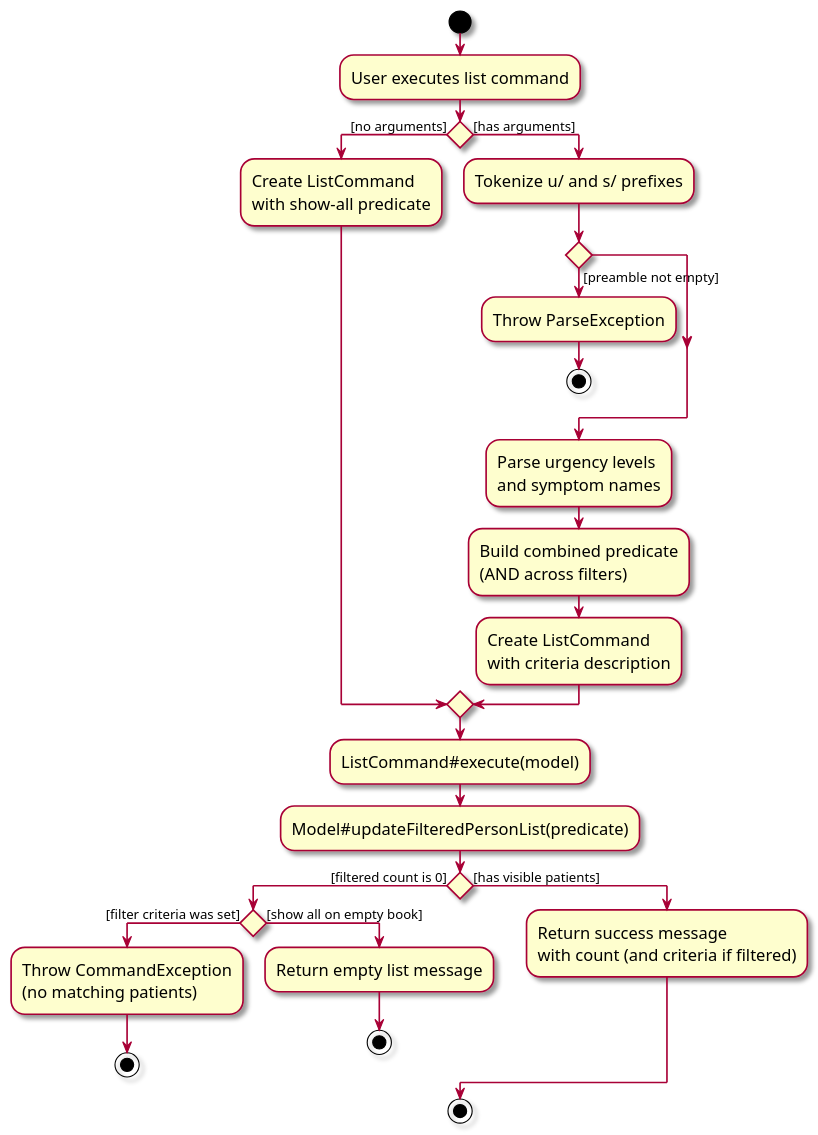
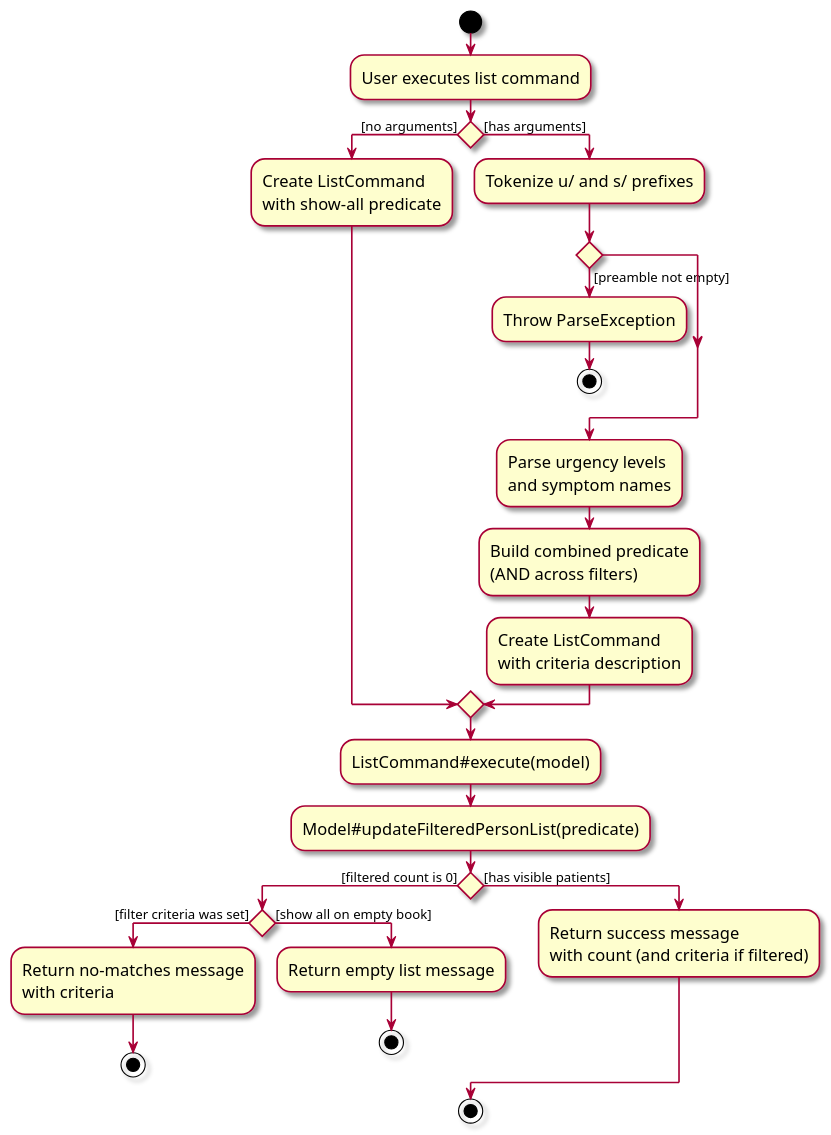
Before and after one commit to AY2526S2-CS2103-F11-4/tp: the diagram in diagrams/ListActivityDiagram.puml, drawn with PlantUML. The commit also changed 36 other files, not shown here.

```diff
--- a/diagrams/ListActivityDiagram.puml
+++ b/diagrams/ListActivityDiagram.puml
@@ -1,36 +1,36 @@
 @startuml
 skin rose
 skinparam ActivityFontSize 15
 skinparam ArrowFontSize 12
 start
 :User executes list command;
 
 if () then ([no arguments])
     :Create ListCommand\nwith show-all predicate;
 else ([has arguments])
     :Tokenize u/ and s/ prefixes;
     if () then ([preamble not empty])
         :Throw ParseException;
         stop
     endif
     :Parse urgency levels\nand symptom names;
     :Build combined predicate\n(AND across filters);
     :Create ListCommand\nwith criteria description;
 endif
 
 :ListCommand#execute(model);
 :Model#updateFilteredPersonList(predicate);
 
 if () then ([filtered count is 0])
     if () then ([filter criteria was set])
-        :Throw CommandException\n(no matching patients);
+        :Return no-matches message\nwith criteria;
         stop
     else ([show all on empty book])
         :Return empty list message;
         stop
     endif
 else ([has visible patients])
     :Return success message\nwith count (and criteria if filtered);
 endif
 stop
 @enduml
```
